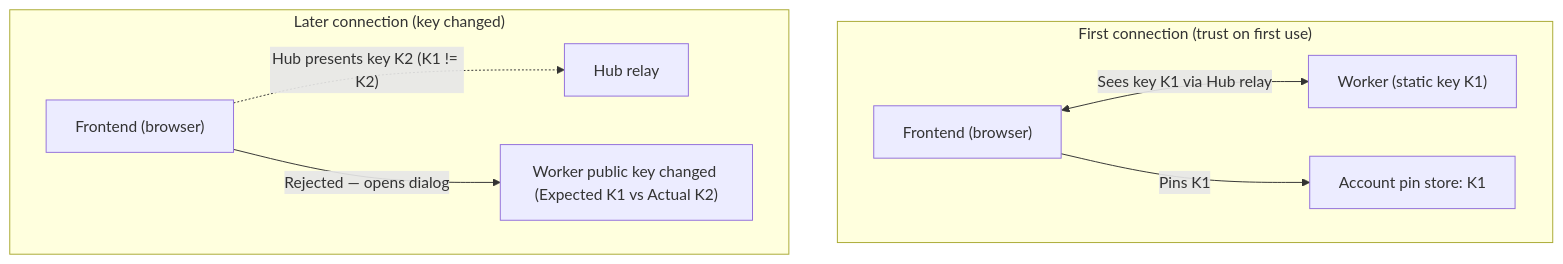
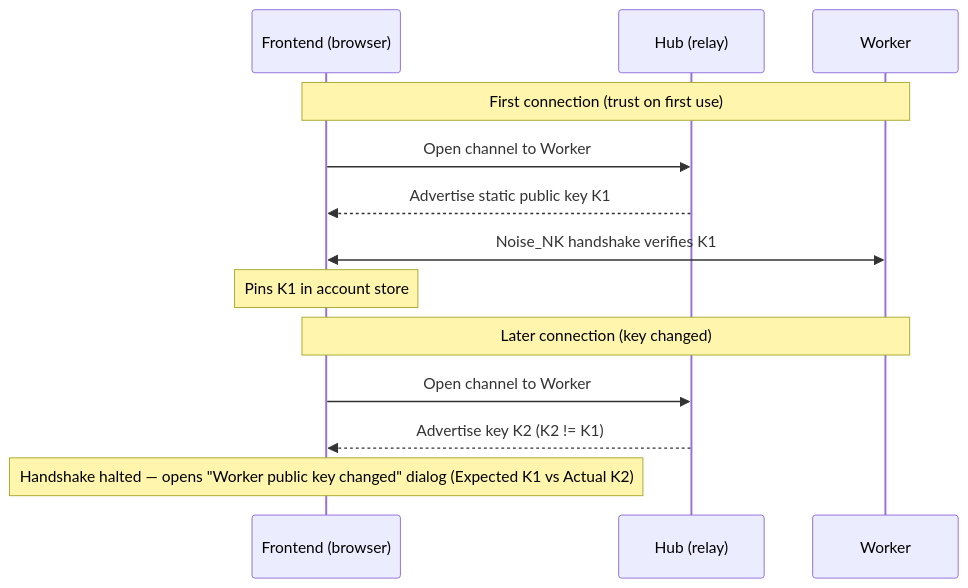
The second of 2 diagrams in site/content/docs/admin/managing-workers.md (leapmux/leapmux), drawn with Mermaid before and after one commit. The commit also changed other lines of this file and 82 other files, not shown here.

First line of the commit message:
docs(site): Fix diagrams, expand UI screenshots, and clarify docs

````diff
--- a/site/content/docs/admin/managing-workers.md
+++ b/site/content/docs/admin/managing-workers.md
@@ -288,11 +296,17 @@
 ```mermaid
-flowchart TD
-    subgraph First["First connection (trust on first use)"]
-        F1["Frontend (browser)"] <-->|"Sees key K1 via Hub relay"| W1["Worker (static key K1)"]
-        F1 -->|"Pins K1"| S1["Account pin store: K1"]
-    end
-    subgraph Later["Later connection (key changed)"]
-        F2["Frontend (browser)"] -.->|"Hub presents key K2 (K1 != K2)"| H2["Hub relay"]
-        F2 -->|"Rejected — opens dialog"| D2["Worker public key changed (Expected K1 vs Actual K2)"]
-    end
+sequenceDiagram
+    participant F as Frontend (browser)
+    participant H as Hub (relay)
+    participant W as Worker
+
+    Note over F,W: First connection (trust on first use)
+    F->>H: Open channel to Worker
+    H-->>F: Advertise static public key K1
+    F<<->>W: Noise_NK handshake verifies K1
+    Note over F: Pins K1 in account store
+
+    Note over F,W: Later connection (key changed)
+    F->>H: Open channel to Worker
+    H-->>F: Advertise key K2 (K2 != K1)
+    Note over F: Handshake halted — opens "Worker public key changed" dialog (Expected K1 vs Actual K2)
 ```
````
